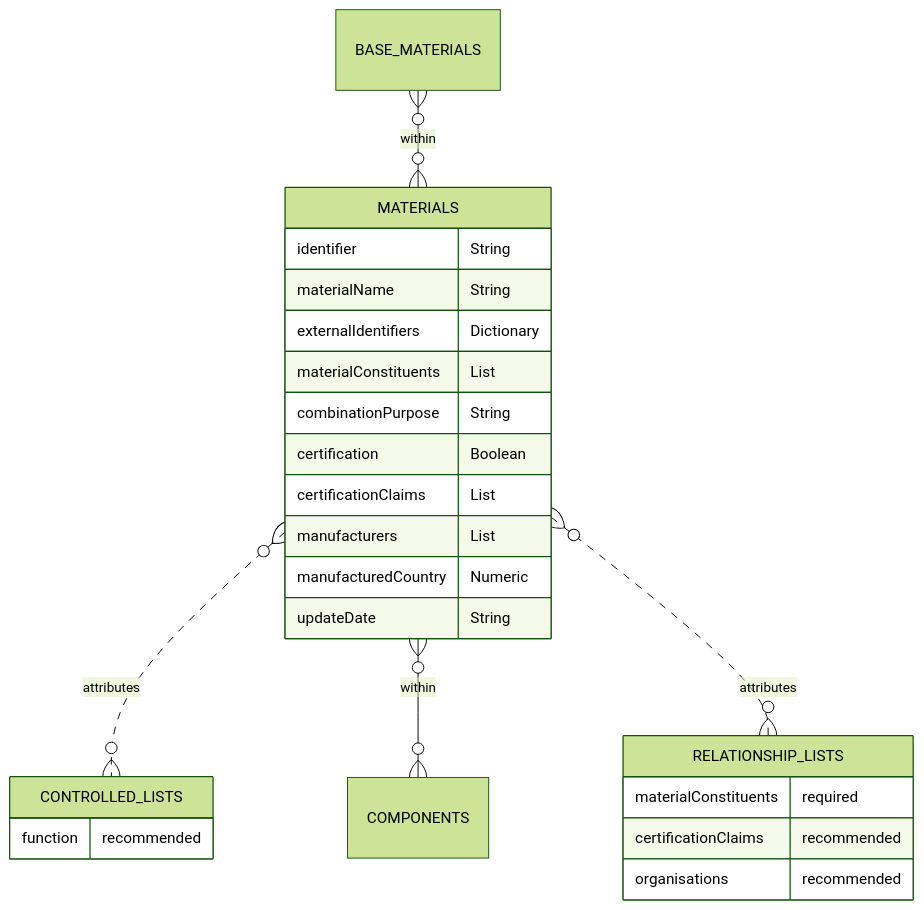
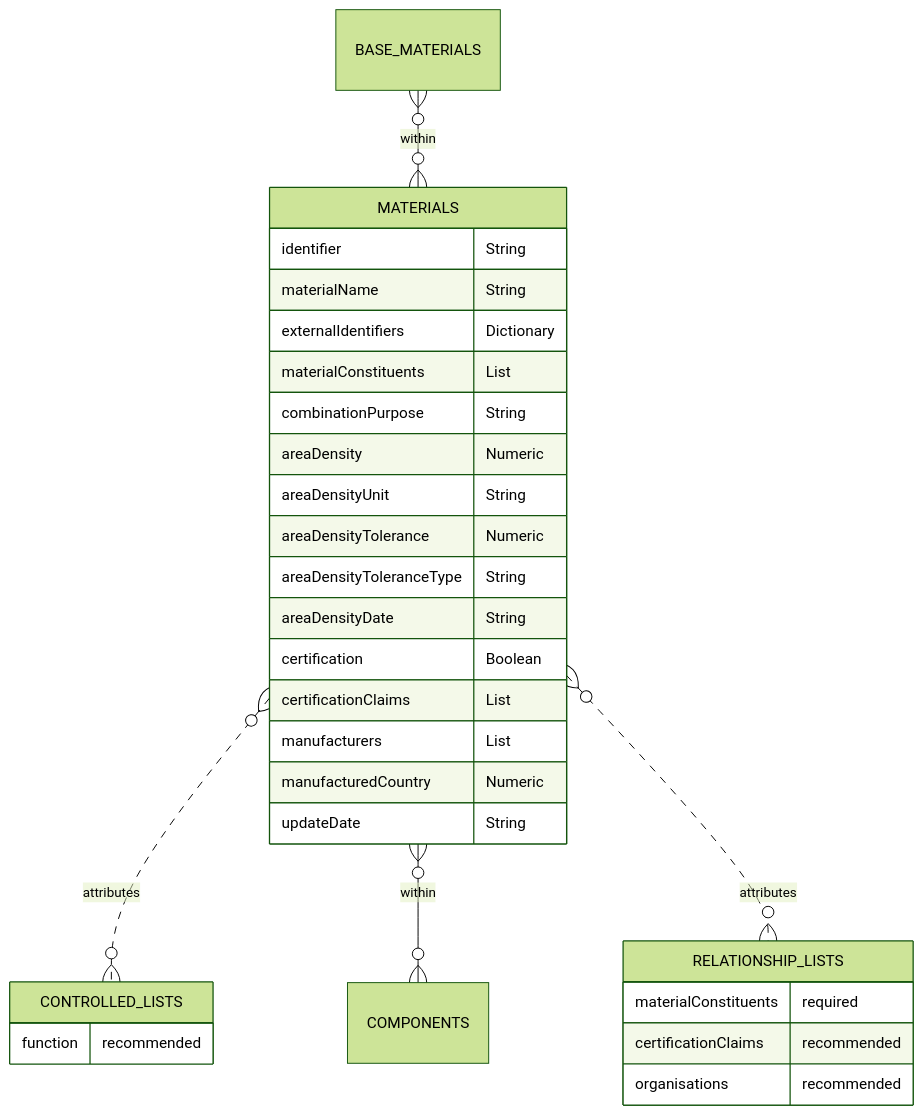
The diagram in docs/3_Data_Specification/3_2_Materials.md (OpenDataManchester/Open3P), drawn with Mermaid (forest theme) before and after one commit. The commit also changed other lines of this file, not shown here.

Commit message:
Added areaDensity related fields to Materials

````diff
--- a/docs/3_Data_Specification/3_2_Materials.md
+++ b/docs/3_Data_Specification/3_2_Materials.md
@@ -26,27 +31,32 @@
 ``` mermaid
 erDiagram
 BASE_MATERIALS }o--o{ MATERIALS : within
   MATERIALS {
     identifier String
     materialName String
     externalIdentifiers Dictionary
     materialConstituents List
     combinationPurpose String
+    areaDensity Numeric
+    areaDensityUnit String
+    areaDensityTolerance Numeric
+    areaDensityToleranceType String
+    areaDensityDate String
     certification Boolean
     certificationClaims List
     manufacturers List
     manufacturedCountry Numeric
     updateDate String
   }
   MATERIALS }o..o{ CONTROLLED_LISTS : attributes
   MATERIALS }o--o{ COMPONENTS : within
   MATERIALS }o..o{ RELATIONSHIP_LISTS : attributes
         CONTROLLED_LISTS {
     function recommended
     }
         RELATIONSHIP_LISTS {
     materialConstituents required
     certificationClaims recommended
     organisations recommended
       }
 ```
````
